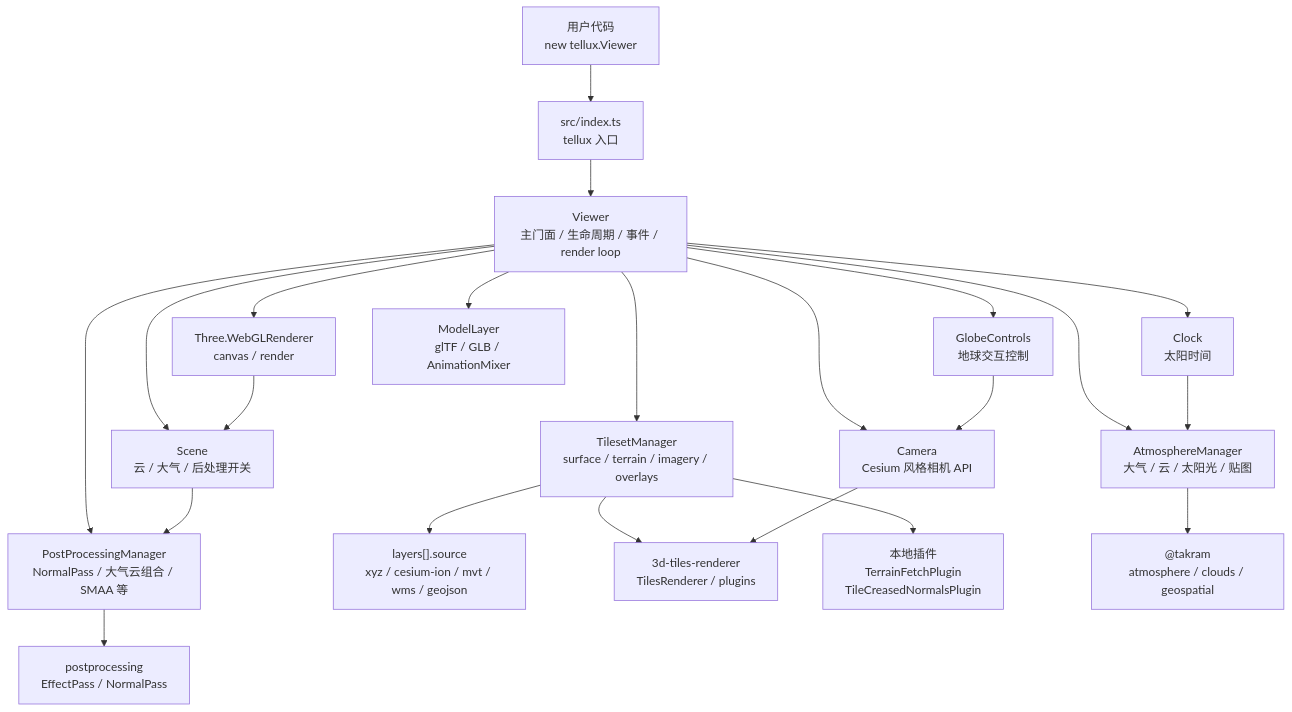
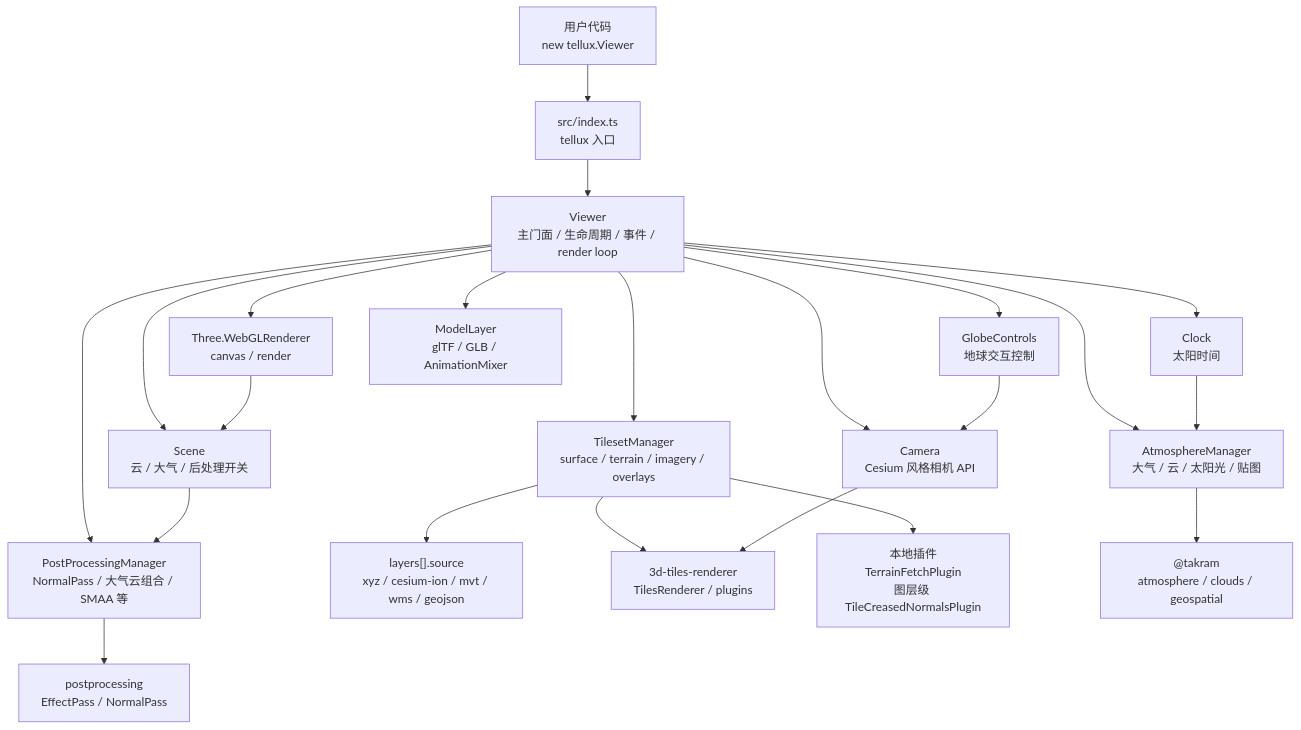
One commit to cyanfish-x/tellux changed the first of 2 diagrams in README.md. Above: the diagram before and after it, drawn with Mermaid. The commit also changed 12 other files, not shown here.

Commit message:
修复带烘焙贴图3dtiles接收光照异常的bug

````diff
--- a/README.md
+++ b/README.md
@@ -374,29 +374,29 @@
 ```mermaid
 flowchart TB
   User["用户代码<br/>new tellux.Viewer"] --> Entry["src/index.ts<br/>tellux 入口"]
   Entry --> Viewer["Viewer<br/>主门面 / 生命周期 / 事件 / render loop"]
 
   Viewer --> Camera["Camera<br/>Cesium 风格相机 API"]
   Viewer --> Scene["Scene<br/>云 / 大气 / 后处理开关"]
   Viewer --> Clock["Clock<br/>太阳时间"]
   Viewer --> Controls["GlobeControls<br/>地球交互控制"]
   Viewer --> Renderer["Three.WebGLRenderer<br/>canvas / render"]
 
   Viewer --> TilesetManager["TilesetManager<br/>surface / terrain / imagery / overlays"]
   Viewer --> Models["ModelLayer<br/>glTF / GLB / AnimationMixer"]
   Viewer --> AtmosphereManager["AtmosphereManager<br/>大气 / 云 / 太阳光 / 贴图"]
   Viewer --> PostProcessingManager["PostProcessingManager<br/>NormalPass / 大气云组合 / SMAA 等"]
 
   TilesetManager --> Sources["layers[].source<br/>xyz / cesium-ion / mvt / wms / geojson"]
   TilesetManager --> TilesRenderer["3d-tiles-renderer<br/>TilesRenderer / plugins"]
-  TilesetManager --> TilePlugins["本地插件<br/>TerrainFetchPlugin<br/>TileCreasedNormalsPlugin"]
+  TilesetManager --> TilePlugins["本地插件<br/>TerrainFetchPlugin<br/>图层级 TileCreasedNormalsPlugin"]
 
   AtmosphereManager --> Takram["@takram<br/>atmosphere / clouds / geospatial"]
   PostProcessingManager --> Postprocessing["postprocessing<br/>EffectPass / NormalPass"]
 
   Scene --> PostProcessingManager
   Clock --> AtmosphereManager
   Camera --> TilesRenderer
   Controls --> Camera
   Renderer --> Scene
 ```
````
